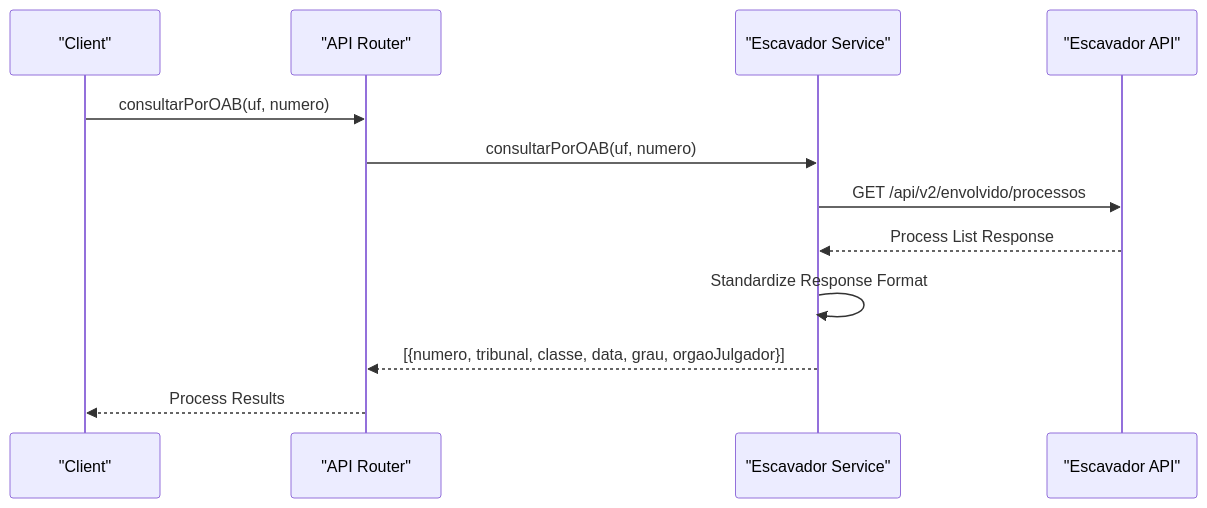
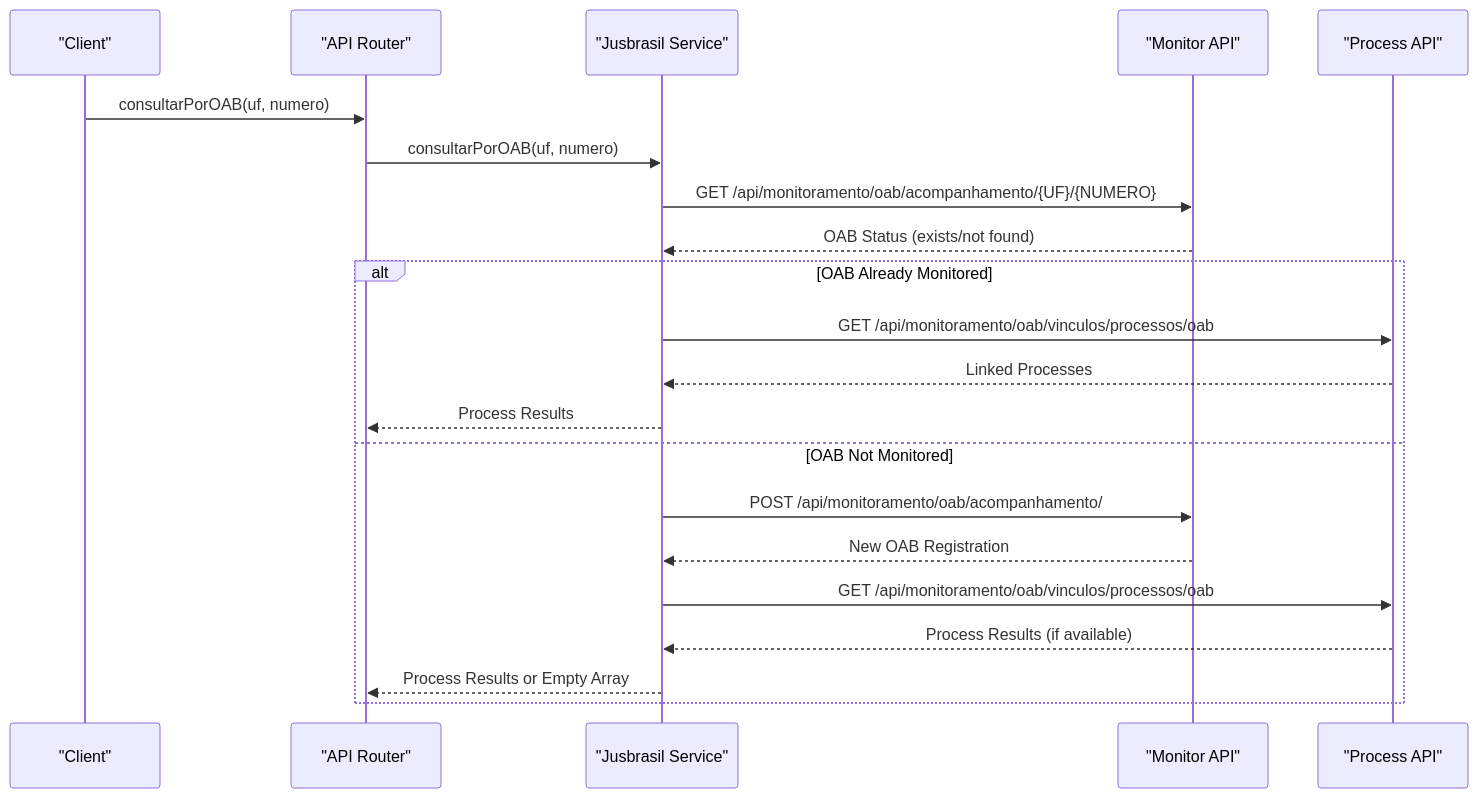
One commit to Alexandrexicara/bot-processos changed the tenth of 20 diagrams in .qoder/repowiki/en/content/API Integration Layer/Premium Paid Service Integration.md. Above: the diagram before and after it, drawn with Mermaid. The commit also changed other lines of this file and 10 other files, not shown here.

````diff
--- a/.qoder/repowiki/en/content/API Integration Layer/Premium Paid Service Integration.md
+++ b/.qoder/repowiki/en/content/API Integration Layer/Premium Paid Service Integration.md
@@ -450,14 +464,23 @@
 ```mermaid
 sequenceDiagram
 participant Client as "Client"
 participant Router as "API Router"
-participant Escavador as "Escavador Service"
-participant EscavadorAPI as "Escavador API"
+participant Jusbrasil as "Jusbrasil Service"
+participant MonitorAPI as "Monitor API"
+participant ProcessAPI as "Process API"
 Client->>Router : consultarPorOAB(uf, numero)
-Router->>Escavador : consultarPorOAB(uf, numero)
-Escavador->>EscavadorAPI : GET /api/v2/envolvido/processos
-EscavadorAPI-->>Escavador : Process List Response
-Escavador->>Escavador : Standardize Response Format
-Escavador-->>Router : [{numero, tribunal, classe, data, grau, orgaoJulgador}]
-Router-->>Client : Process Results
+Router->>Jusbrasil : consultarPorOAB(uf, numero)
+Jusbrasil->>MonitorAPI : GET /api/monitoramento/oab/acompanhamento/{UF}/{NUMERO}
+MonitorAPI-->>Jusbrasil : OAB Status (exists/not found)
+alt OAB Already Monitored
+Jusbrasil->>ProcessAPI : GET /api/monitoramento/oab/vinculos/processos/oab
+ProcessAPI-->>Jusbrasil : Linked Processes
+Jusbrasil-->>Router : Process Results
+else OAB Not Monitored
+Jusbrasil->>MonitorAPI : POST /api/monitoramento/oab/acompanhamento/
+MonitorAPI-->>Jusbrasil : New OAB Registration
+Jusbrasil->>ProcessAPI : GET /api/monitoramento/oab/vinculos/processos/oab
+ProcessAPI-->>Jusbrasil : Process Results (if available)
+Jusbrasil-->>Router : Process Results or Empty Array
+end
 ```
````
